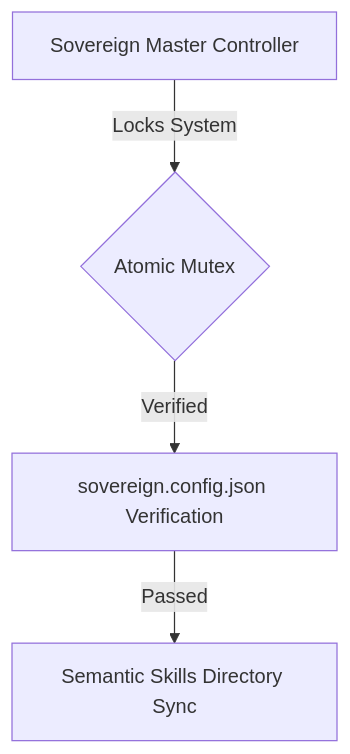
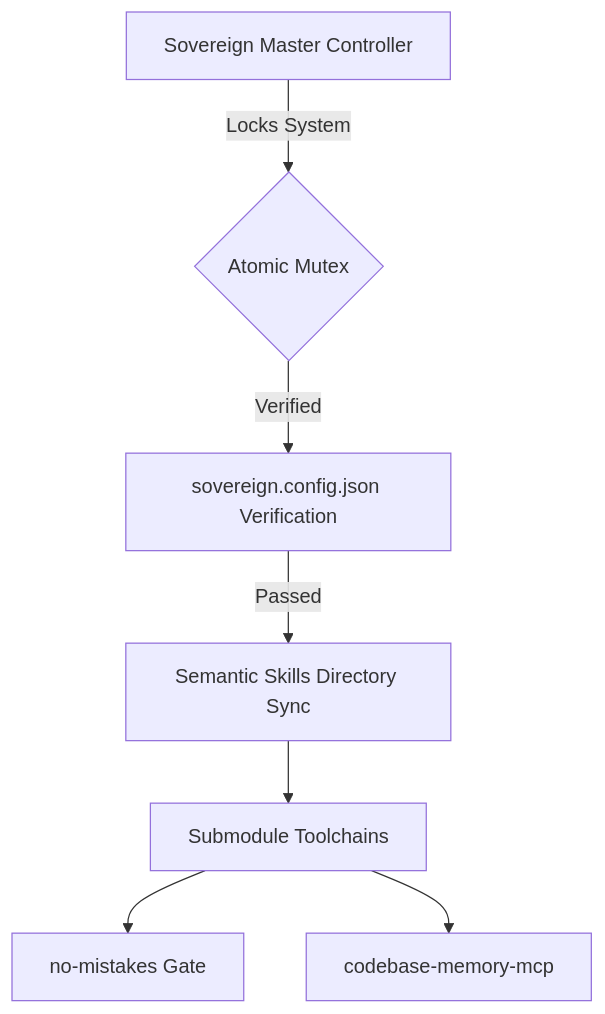
Before and after one commit to tejaswin-amara/Sovereign-OS: the diagram in README.md, drawn with Mermaid. The commit also changed other lines of this file and 3 other files, not shown here.

````diff
--- a/README.md
+++ b/README.md
@@ -35,6 +37,9 @@
 ```mermaid
 graph TD
     A[Sovereign Master Controller] -->|Locks System| B{Atomic Mutex}
     B -->|Verified| C[sovereign.config.json Verification]
     C -->|Passed| D[Semantic Skills Directory Sync]
+    D --> E[Submodule Toolchains]
+    E --> F[no-mistakes Gate]
+    E --> G[codebase-memory-mcp]
 ```
````
